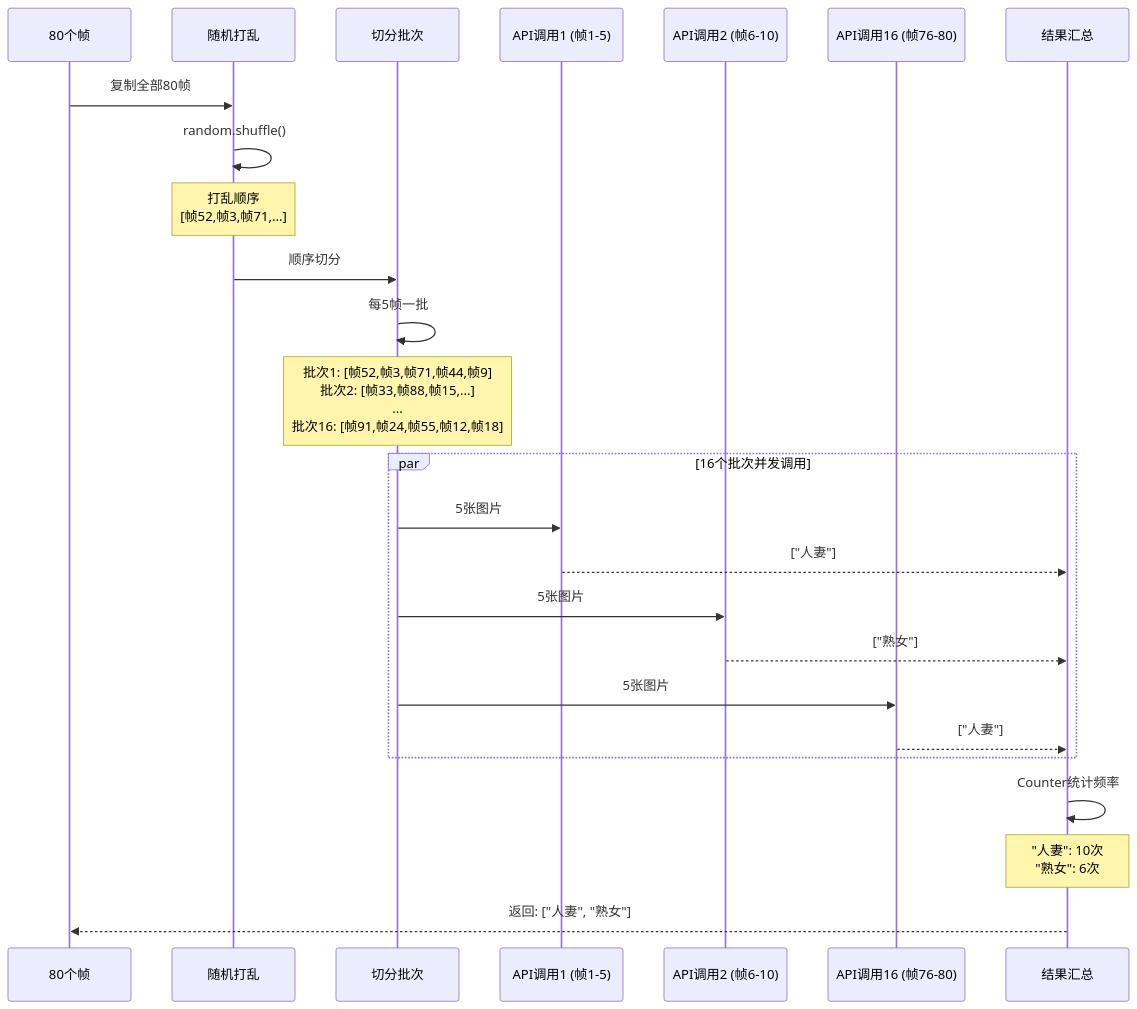
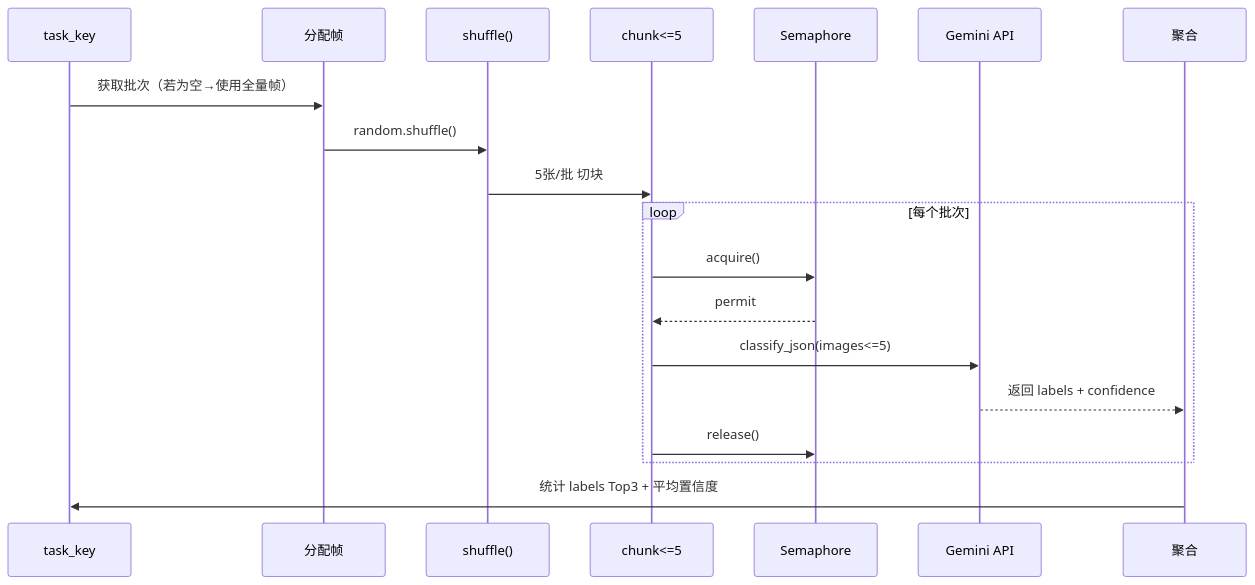
Before and after one commit to zhu-jl18/gemini-porn-renamer: the diagram in docs/concurrent-strategy-explained.md, drawn with Mermaid. The commit also changed other lines of this file and 12 other files, not shown here.

````diff
--- a/docs/concurrent-strategy-explained.md
+++ b/docs/concurrent-strategy-explained.md
@@ -73,34 +62,24 @@
 ```mermaid
 sequenceDiagram
-    participant Frames as 80个帧
-    participant Shuffle as 随机打乱
-    participant Split as 切分批次
-    participant API1 as API调用1 (帧1-5)
-    participant API2 as API调用2 (帧6-10)
-    participant API16 as API调用16 (帧76-80)
-    participant Agg as 结果汇总
+    participant Task as task_key
+    participant Frames as 分配帧
+    participant Random as shuffle()
+    participant Split as chunk<=5
+    participant Sem as Semaphore
+    participant Gemini as Gemini API
+    participant Agg as 聚合
 
-    Frames->>Shuffle: 复制全部80帧
-    Shuffle->>Shuffle: random.shuffle()
-    Note over Shuffle: 打乱顺序<br/>[帧52,帧3,帧71,...]
+    Task->>Frames: 获取批次（若为空→使用全量帧）
+    Frames->>Random: random.shuffle()
+    Random->>Split: 5张/批 切块
 
-    Shuffle->>Split: 顺序切分
-    Split->>Split: 每5帧一批
-    Note over Split: 批次1: [帧52,帧3,帧71,帧44,帧9]<br/>批次2: [帧33,帧88,帧15,...]<br/>...<br/>批次16: [帧91,帧24,帧55,帧12,帧18]
-
-    par 16个批次并发调用
-        Split->>API1: 5张图片
-        API1-->>Agg: ["人妻"]
-
-        Split->>API2: 5张图片
-        API2-->>Agg: ["熟女"]
-
-        Split->>API16: 5张图片
-        API16-->>Agg: ["人妻"]
+    loop 每个批次
+        Split->>Sem: acquire()
+        Sem-->>Split: permit
+        Split->>Gemini: classify_json(images<=5)
+        Gemini-->>Agg: 返回 labels + confidence
+        Split->>Sem: release()
     end
 
-    Agg->>Agg: Counter统计频率
-    Note over Agg: "人妻": 10次<br/>"熟女": 6次
-
-    Agg-->>Frames: 返回: ["人妻", "熟女"]
+    Agg->>Task: 统计 labels Top3 + 平均置信度
 ```
````
